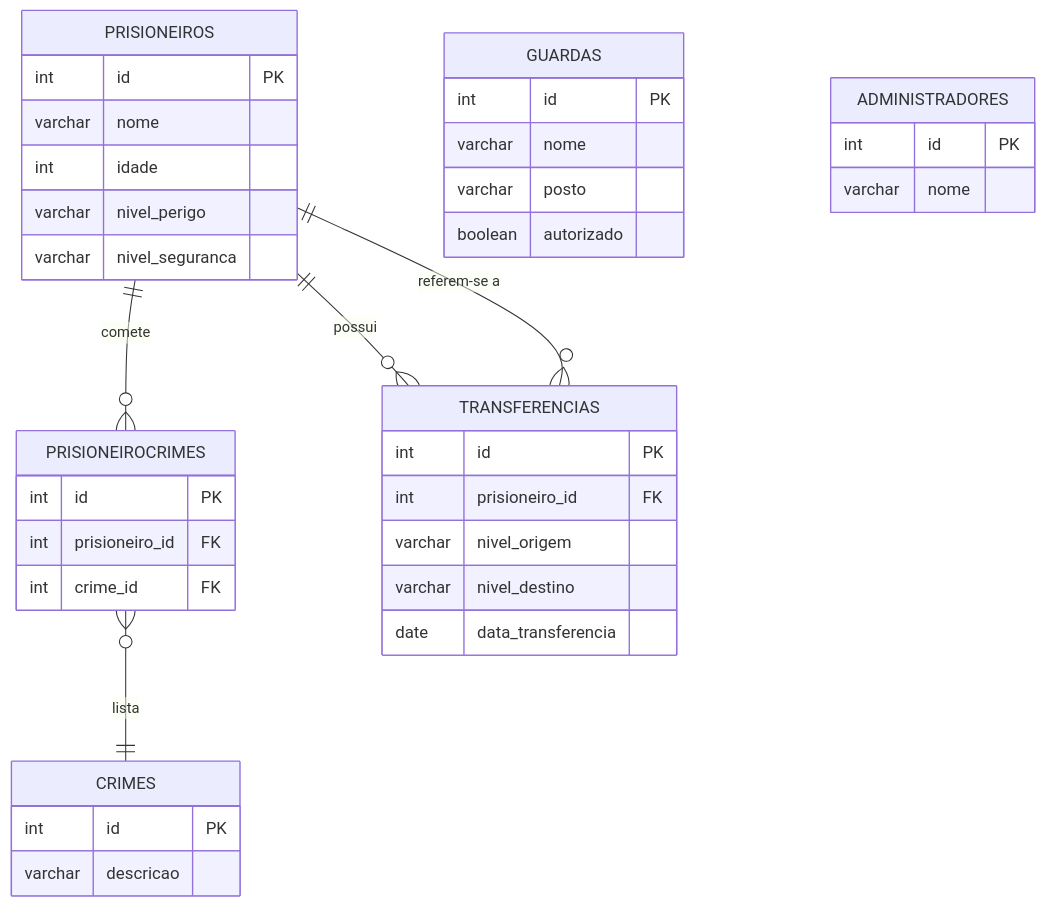
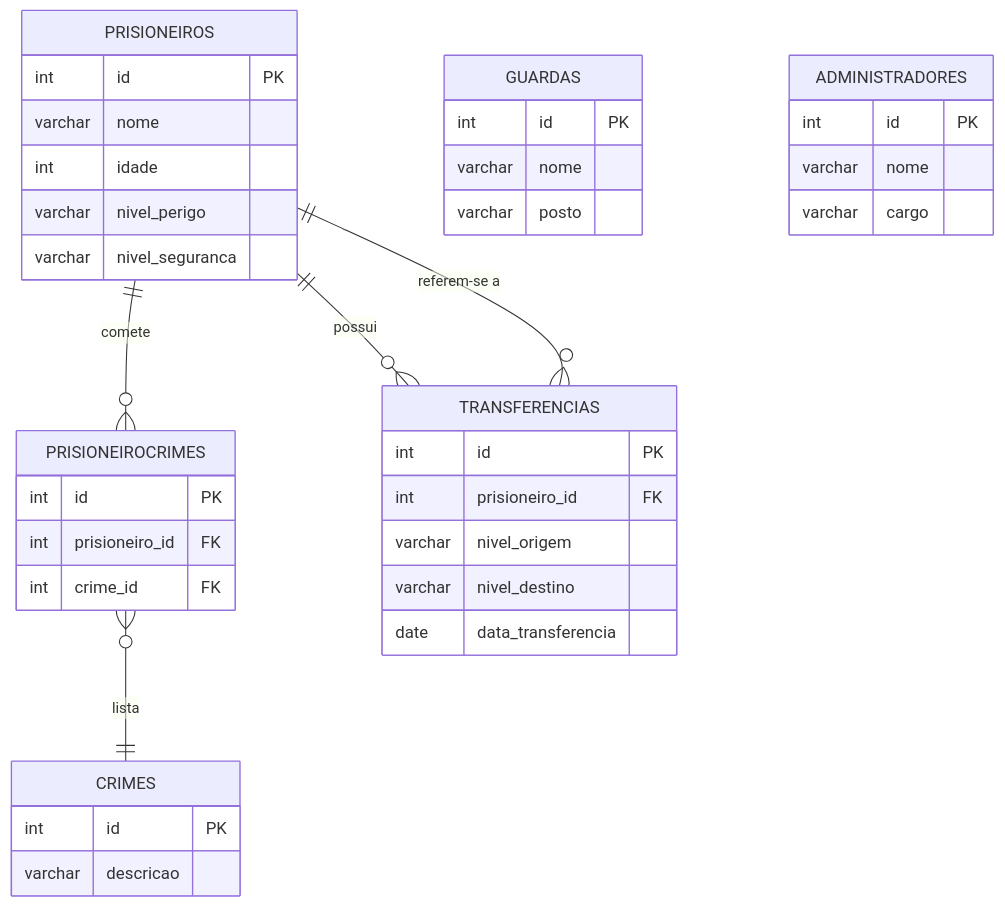
Before and after one commit to lgfas/impeldown: the second of 2 diagrams in README.md, drawn with Mermaid. The commit also changed other lines of this file and 8 other files, not shown here.

````diff
--- a/README.md
+++ b/README.md
@@ -82,49 +82,49 @@
 ```mermaid
 
 erDiagram
     PRISIONEIROS {
         int id PK
         varchar nome
         int idade
         varchar nivel_perigo
         varchar nivel_seguranca
     }
 
     CRIMES {
         int id PK
         varchar descricao
     }
 
     PRISIONEIROCRIMES {
         int id PK
         int prisioneiro_id FK
         int crime_id FK
     }
 
     GUARDAS {
         int id PK
         varchar nome
         varchar posto
-        boolean autorizado
     }
 
     TRANSFERENCIAS {
         int id PK
         int prisioneiro_id FK
         varchar nivel_origem
         varchar nivel_destino
         date data_transferencia
     }
 
     ADMINISTRADORES {
         int id PK
         varchar nome
+        varchar cargo
     }
 
     PRISIONEIROS ||--o{ PRISIONEIROCRIMES : "comete"
     PRISIONEIROCRIMES }o--|| CRIMES : "lista"
     PRISIONEIROS ||--o{ TRANSFERENCIAS : "possui"
     TRANSFERENCIAS }o--|| PRISIONEIROS : "referem-se a"
 
 
 ```
````
